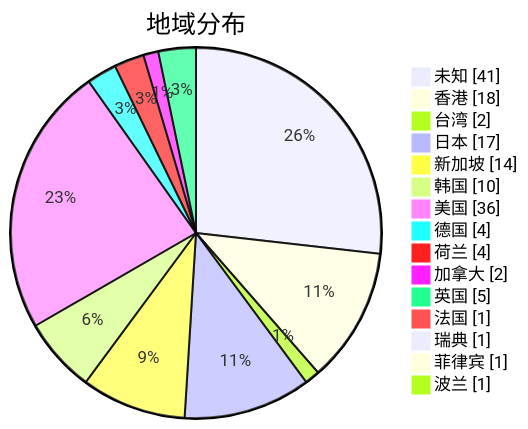
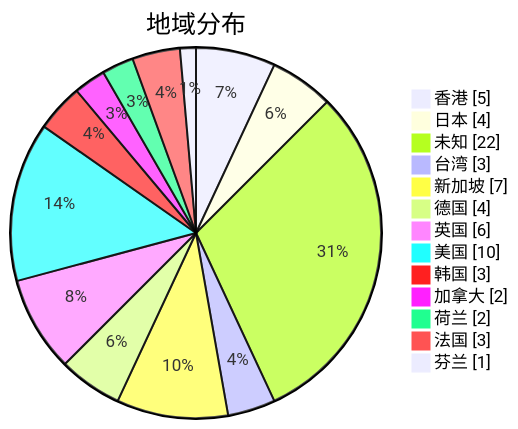
Before and after one commit to qjlxg/airport: the second of 3 diagrams in subs/statistics/tested_within.md, drawn with Mermaid. The commit also changed other lines of this file and 2 other files, not shown here.

Commit message:
Tested by metaST

````diff
--- a/subs/statistics/tested_within.md
+++ b/subs/statistics/tested_within.md
@@ -11,19 +11,17 @@
 ```mermaid
 pie showData
 title 地域分布
-"未知" : 41
-"香港" : 18
-"台湾" : 2
-"日本" : 17
-"新加坡" : 14
-"韩国" : 10
-"美国" : 36
+"香港" : 5
+"日本" : 4
+"未知" : 22
+"台湾" : 3
+"新加坡" : 7
 "德国" : 4
-"荷兰" : 4
+"英国" : 6
+"美国" : 10
+"韩国" : 3
 "加拿大" : 2
-"英国" : 5
-"法国" : 1
-"瑞典" : 1
-"菲律宾" : 1
-"波兰" : 1
+"荷兰" : 2
+"法国" : 3
+"芬兰" : 1
 ```
````
